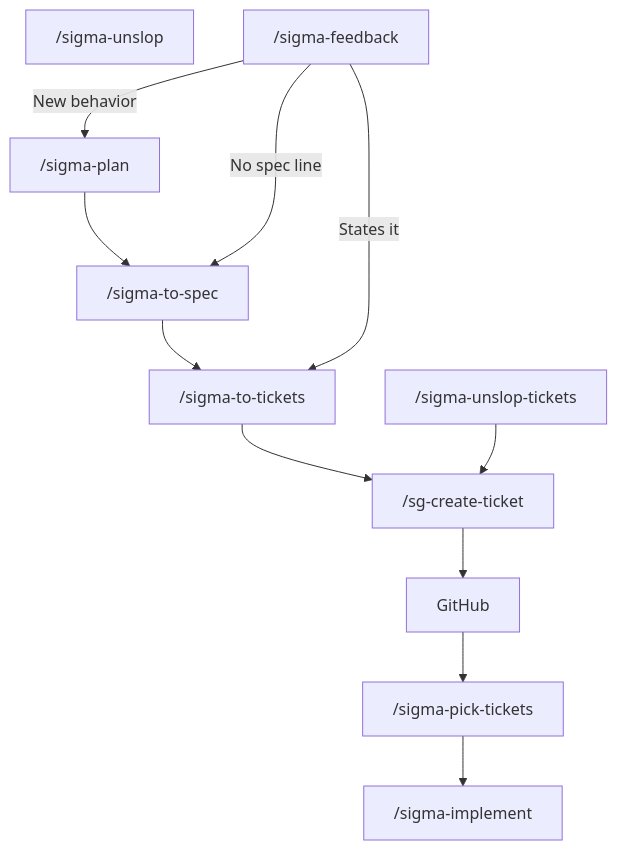
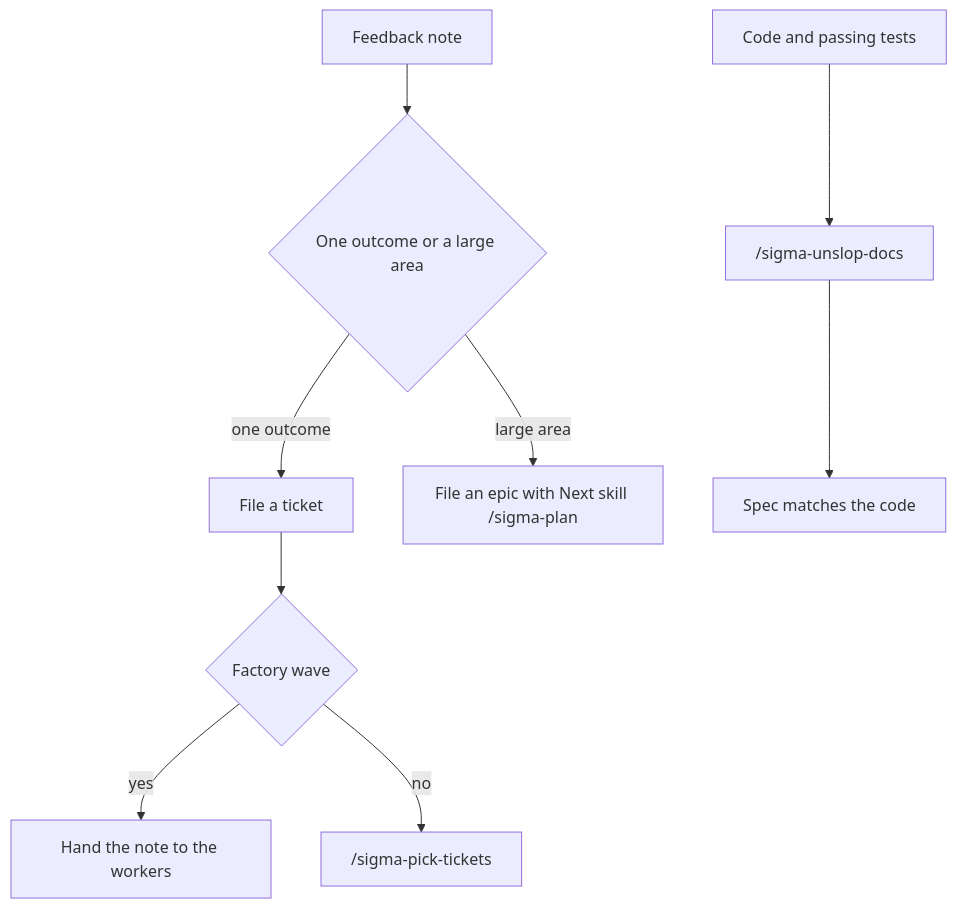
The second of 3 diagrams in README.md (sigma-michael/sigma-build-factory), drawn with Mermaid before and after one commit. The commit also changed other lines of this file and 11 other files, not shown here.

First line of the commit message:
File feedback as tickets and refresh the spec from the code. (#19)

````diff
--- a/README.md
+++ b/README.md
@@ -61,14 +63,12 @@
 ```mermaid
 flowchart TD
-  unslop["/sigma-unslop"]
-  feedback["/sigma-feedback"] -->|New behavior| plan["/sigma-plan"]
-  plan --> spec["/sigma-to-spec"]
-  feedback -->|No spec line| spec
-  spec --> tickets["/sigma-to-tickets"]
-  feedback -->|States it| tickets
-  tickets --> file["/sg-create-ticket"]
-  clean["/sigma-unslop-tickets"] --> file
-  file --> gh["GitHub"]
-  gh --> pick["/sigma-pick-tickets"]
-  pick --> impl["/sigma-implement"]
+  note[Feedback note]
+  note --> cut{One outcome or a large area}
+  cut -->|one outcome| ticket[File a ticket]
+  cut -->|large area| epic["File an epic with Next skill /sigma-plan"]
+  ticket --> factory{Factory wave}
+  factory -->|yes| workers[Hand the note to the workers]
+  factory -->|no| pick["/sigma-pick-tickets"]
+  code[Code and passing tests] --> docs["/sigma-unslop-docs"]
+  docs --> spec[Spec matches the code]
 ```
````
